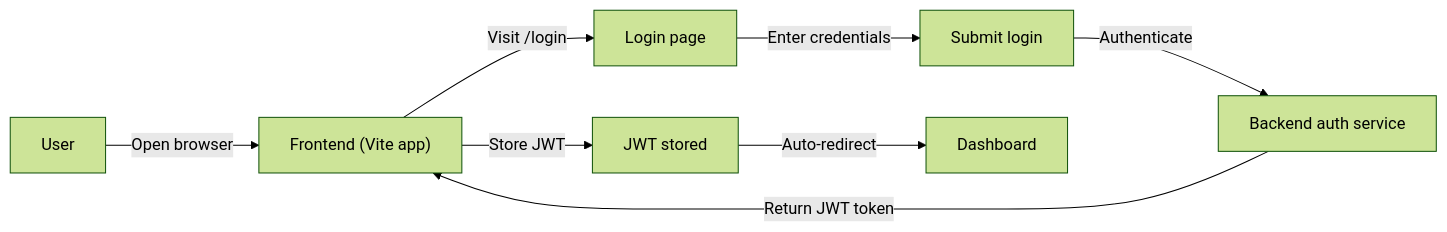
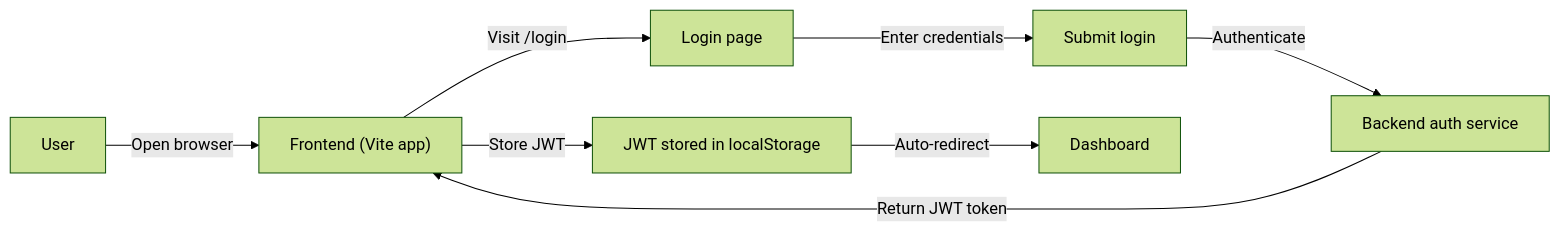
The first of 2 diagrams in frontend/README.md (coliver/chess-trainer), drawn with Mermaid (forest theme) before and after one commit. The commit also changed other lines of this file and 2 other files, not shown here.

````diff
--- a/frontend/README.md
+++ b/frontend/README.md
@@ -70,10 +64,10 @@
 ```mermaid
 flowchart LR
   U["User"] -->|Open browser| FE["Frontend (Vite app)"]
   FE -->|Visit /login| L["Login page"]
   L -->|Enter credentials| LF["Submit login"]
   LF -->|Authenticate| BE["Backend auth service"]
   BE -->|Return JWT token| FE
-  FE -->|Store JWT| J["JWT stored"]
+  FE -->|Store JWT| J["JWT stored in localStorage"]
   J -->|Auto-redirect| D["Dashboard"]
 ```
````
